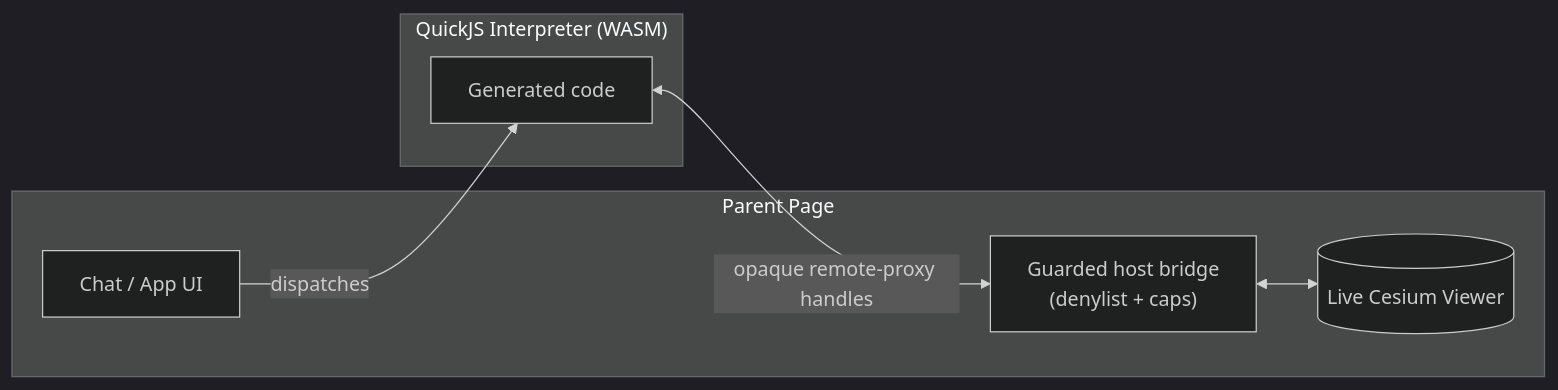
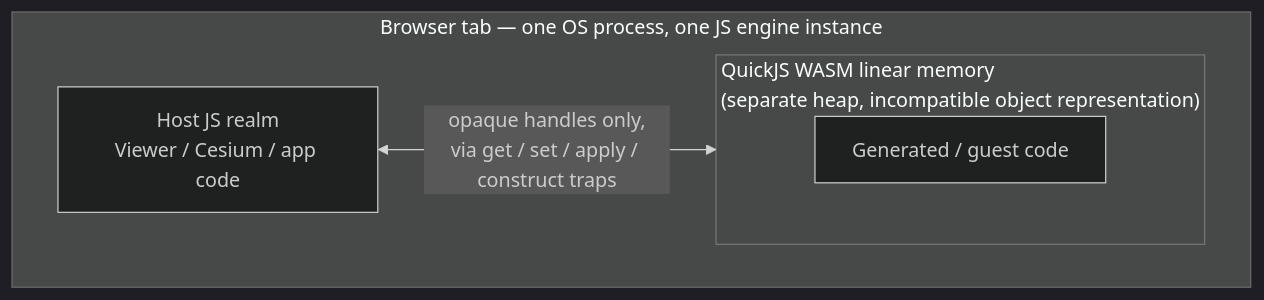
Before and after one commit to CesiumGS/cesiumjs-ai-starter-app: the first of 6 diagrams in docs/Codegen-execution-sandbox-options.md, drawn with Mermaid (dark theme). The commit also changed other lines of this file and 29 other files, not shown here.

````diff
--- a/docs/Codegen-execution-sandbox-options.md
+++ b/docs/Codegen-execution-sandbox-options.md
@@ -28,14 +34,11 @@
 ```mermaid
 flowchart LR
-    subgraph Parent["Parent Page"]
-        App["Chat / App UI"]
-        Bridge["Guarded host bridge<br/>(denylist + caps)"]
-        Viewer1[("Live Cesium Viewer")]
+    subgraph Process["Browser tab — one OS process, one JS engine instance"]
+        direction LR
+        Host["Host JS realm<br/>Viewer / Cesium / app code"]
+        subgraph Wasm["QuickJS WASM linear memory<br/>(separate heap, incompatible object representation)"]
+            Guest["Generated / guest code"]
+        end
+        Host <-->|"opaque handles only,<br/>via get / set / apply / construct traps"| Wasm
     end
-    subgraph Guest1["QuickJS Interpreter (WASM)"]
-        Code1["Generated code"]
-    end
-    App -->|dispatches| Code1
-    Code1 <-->|opaque remote-proxy handles| Bridge
-    Bridge <--> Viewer1
 ```
````
